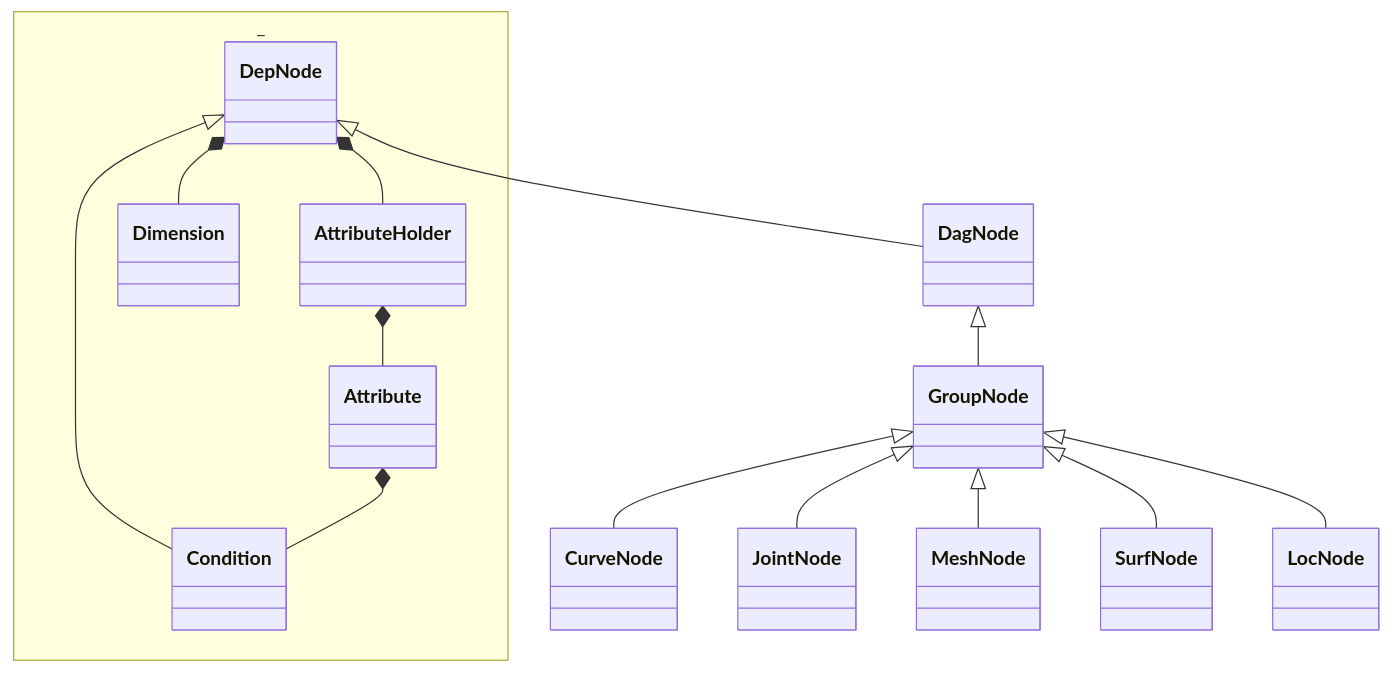
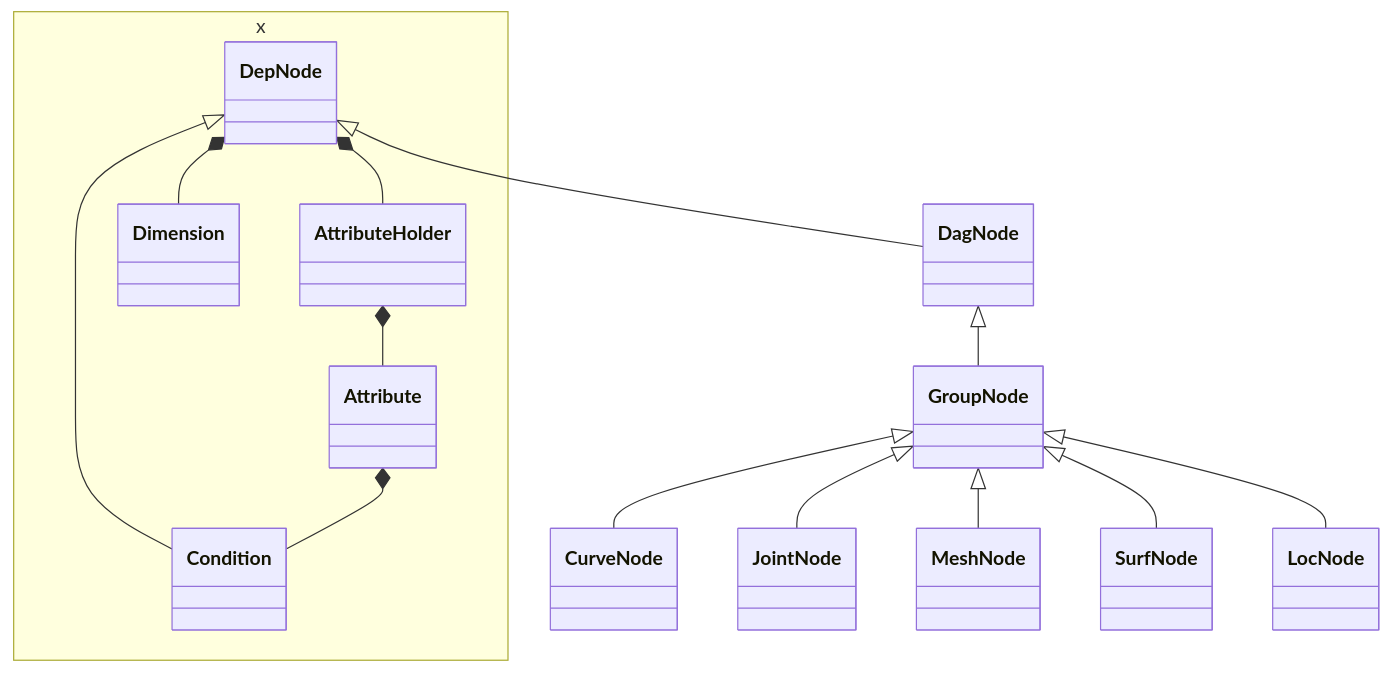
One commit to nickyliux/nl_rigging_tools changed the first of 2 diagrams in README.md. Above: the diagram before and after it, drawn with Mermaid. The commit also changed other lines of this file, not shown here.

````diff
--- a/README.md
+++ b/README.md
@@ -21,24 +21,24 @@
 ```mermaid
 classDiagram
     
     DepNode <|-- DagNode
     DagNode <|-- GroupNode
     DepNode <|-- Condition
     GroupNode <|-- CurveNode
     GroupNode <|-- JointNode
     GroupNode <|-- MeshNode
     GroupNode <|-- SurfNode
     GroupNode <|-- LocNode
     DepNode *-- AttributeHolder
     AttributeHolder *-- Attribute
     Attribute *-- Condition
     DepNode *-- Dimension
-    namespace _ {
+    namespace x {
         class DepNode
         class AttributeHolder
         class Attribute
         class Dimension
         class Condition
     }
     
 ```
````
